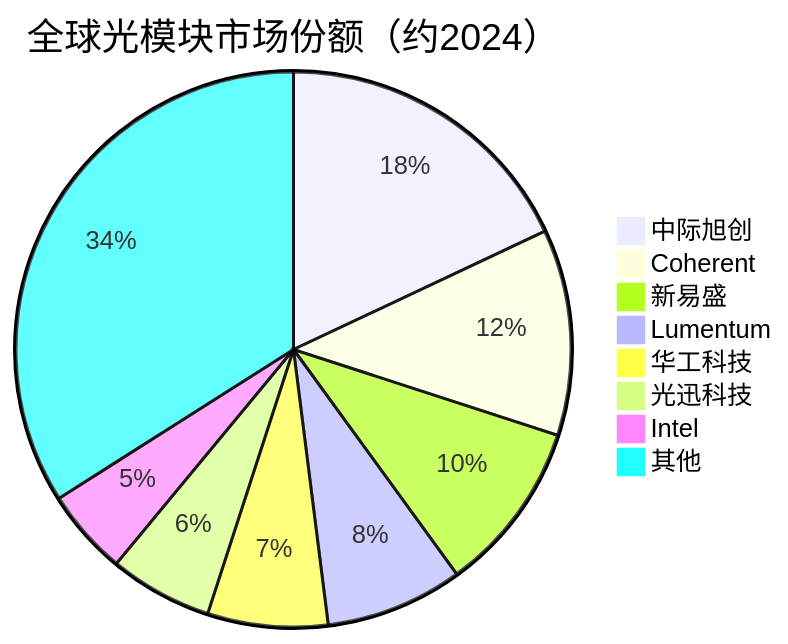
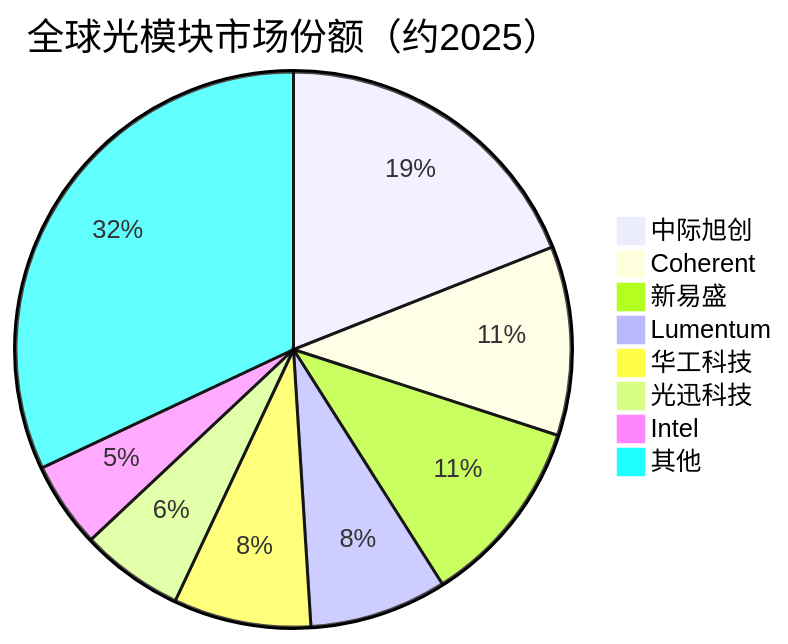
The third of 3 diagrams in AI产业链/细分配套/高速互连.md (blueprint1453/industry-insight), drawn with Mermaid before and after one commit. The commit also changed other lines of this file and 78 other files, not shown here.

````diff
--- a/AI产业链/细分配套/高速互连.md
+++ b/AI产业链/细分配套/高速互连.md
@@ -107,11 +107,11 @@
 ```mermaid
-pie title 全球光模块市场份额（约2024）
-    "中际旭创" : 18
-    "Coherent" : 12
-    "新易盛" : 10
+pie title 全球光模块市场份额（约2025）
+    "中际旭创" : 19
+    "Coherent" : 11
+    "新易盛" : 11
     "Lumentum" : 8
-    "华工科技" : 7
+    "华工科技" : 8
     "光迅科技" : 6
     "Intel" : 5
-    "其他" : 34
+    "其他" : 32
 ```
````
